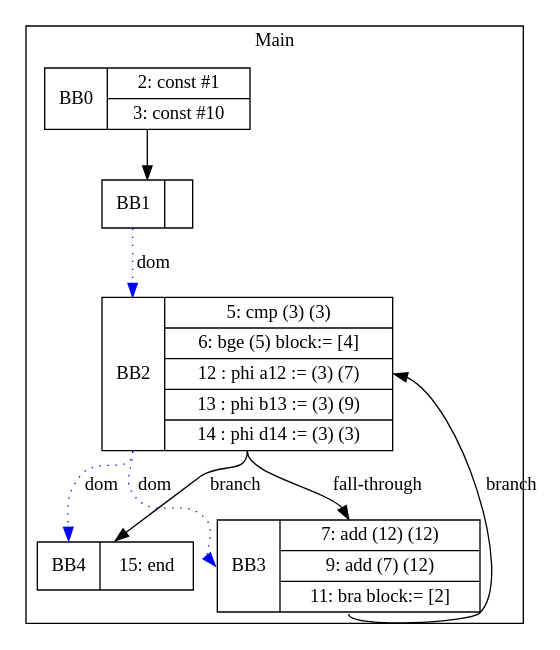
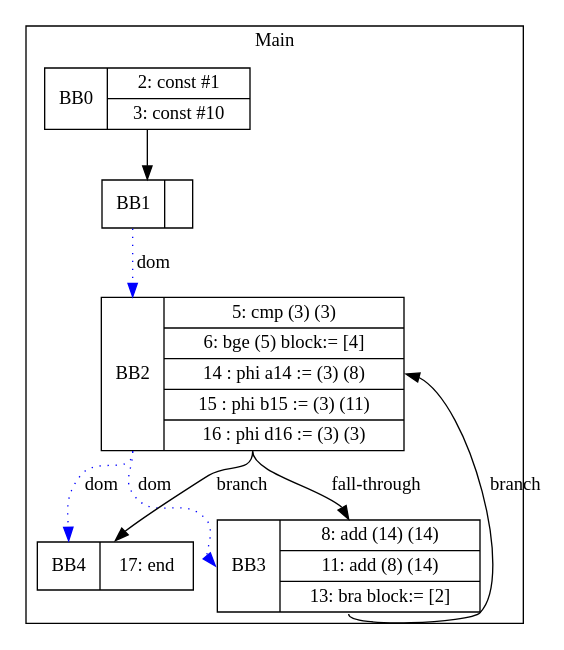
The diagram in visualization/Hongyu/while/test3.gv (zjc664656505/UCI-CS241-Advanced-Compiler-main), drawn with Graphviz before and after one commit. The commit also changed 62 other files, not shown here.

```diff
--- a/visualization/Hongyu/while/test3.gv
+++ b/visualization/Hongyu/while/test3.gv
@@ -1,18 +1,18 @@
 digraph G {
 node [shape=record];
 subgraph cluster_main{
 label = "Main";
 BB0 [shape=record, label="<b>BB0|{2: const #1|3: const #10}"];
 BB1 [shape=record, label="<b>BB1|}"];
-BB2 [shape=record, label="<b>BB2|{5: cmp (3) (3)|6: bge (5) block:= [4]|12 : phi a12 := (3) (7)|13 : phi b13 := (3) (9)|14 : phi d14 := (3) (3)}"];
-BB3 [shape=record, label="<b>BB3|{7: add (12) (12)|9: add (7) (12)|11: bra block:= [2]}"];
-BB4 [shape=record, label="<b>BB4|{15: end}"];
+BB2 [shape=record, label="<b>BB2|{5: cmp (3) (3)|6: bge (5) block:= [4]|14 : phi a14 := (3) (8)|15 : phi b15 := (3) (11)|16 : phi d16 := (3) (3)}"];
+BB3 [shape=record, label="<b>BB3|{8: add (14) (14)|11: add (8) (14)|13: bra block:= [2]}"];
+BB4 [shape=record, label="<b>BB4|{17: end}"];
 }
 BB0:s -> BB1:n ;
 BB2:b -> BB3:b [color=blue, style=dotted, label="dom"];
 BB2:b -> BB4:b [color=blue, style=dotted, label="dom"];
 BB1:b -> BB2:b [color=blue, style=dotted, label="dom"];
 BB2:s -> BB4:n [label="branch"];
 BB3:s -> BB2:e [label="branch"];
 BB2:s -> BB3:n [label="fall-through"];
 }
```
